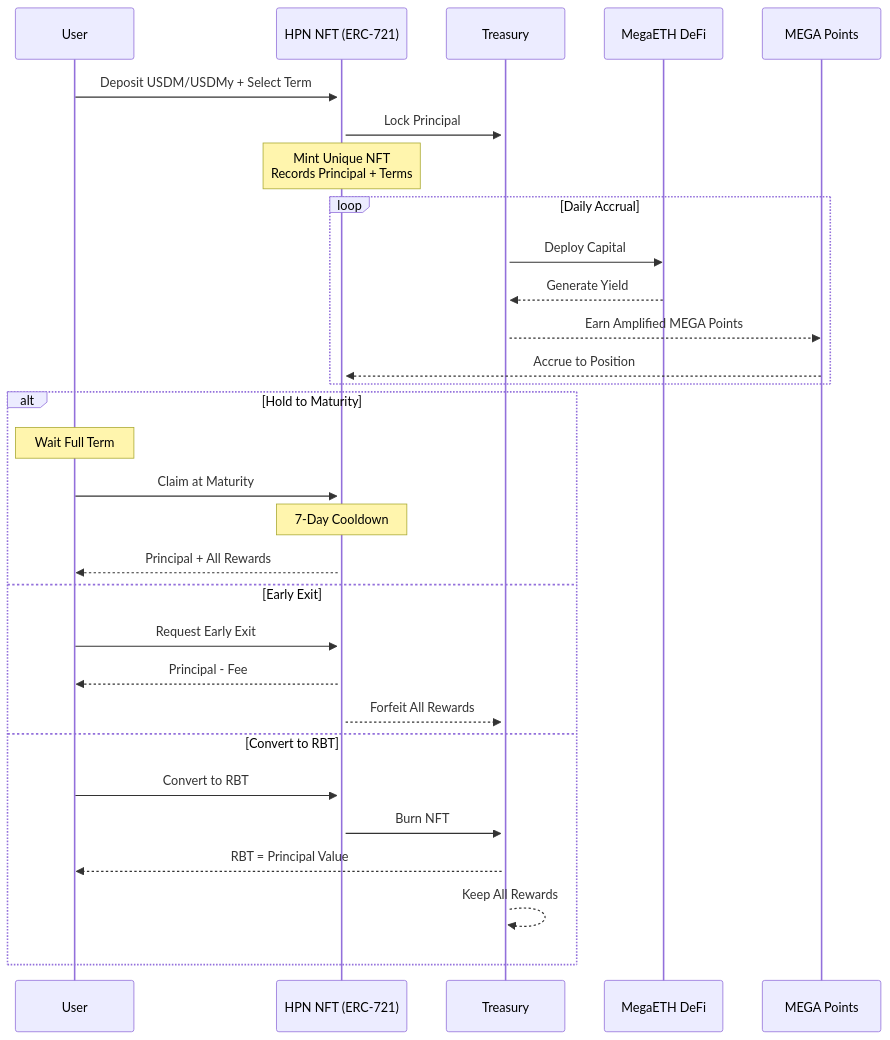
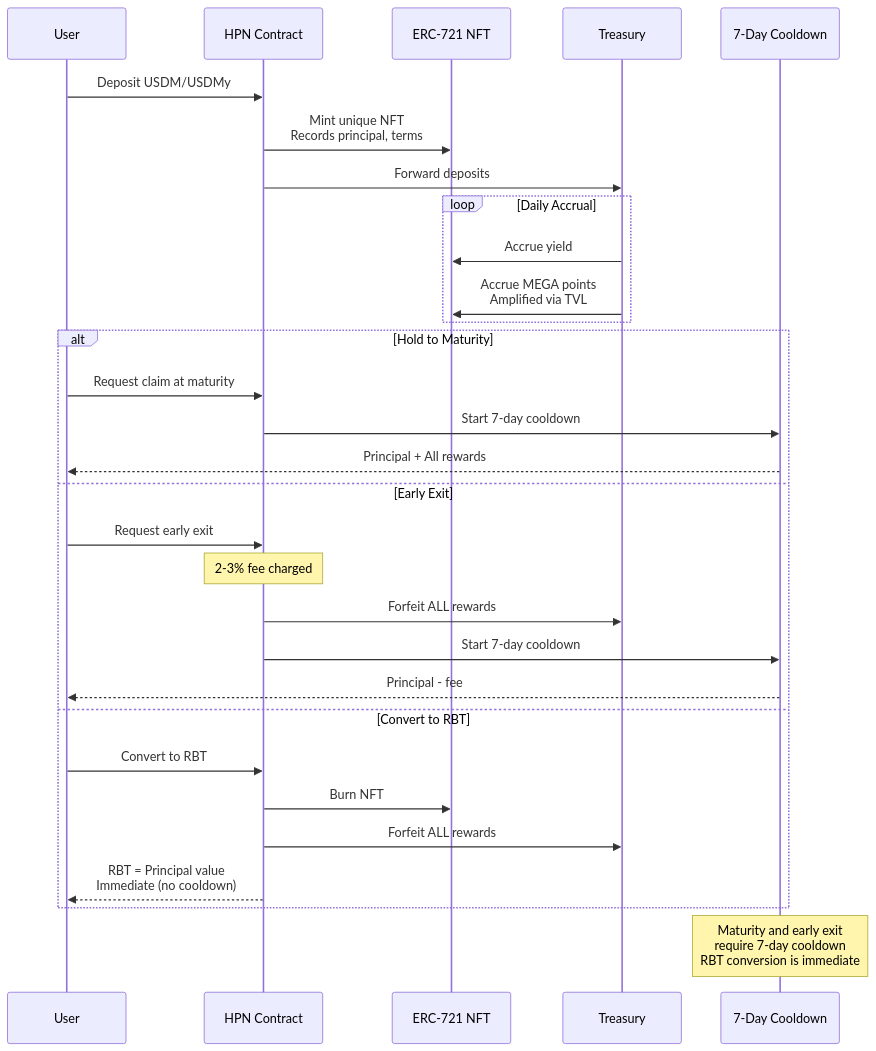
The fourth of 7 diagrams in blackhaven-diagrams.md (0xJaehaerys/ohmega), drawn with Mermaid before and after one commit. The commit also changed other lines of this file, not shown here.

First line of the commit message:
Create single clean diagrams file with all Blackhaven components

````diff
--- a/blackhaven-diagrams.md
+++ b/blackhaven-diagrams.md
@@ -98,35 +169,36 @@
 ```mermaid
 sequenceDiagram
     participant User
-    participant HPN_NFT as HPN NFT (ERC-721)
+    participant HPN as HPN Contract
+    participant NFT as ERC-721 NFT
     participant Treasury
-    participant Strategies as MegaETH DeFi
-    participant Points as MEGA Points
+    participant Cooldown as 7-Day Cooldown
     
-    User->>+HPN_NFT: Deposit USDM/USDMy + Select Term
-    HPN_NFT->>+Treasury: Lock Principal
-    Note over HPN_NFT: Mint Unique NFT<br/>Records Principal + Terms
+    User->>HPN: Deposit USDM/USDMy
+    HPN->>NFT: Mint unique NFT<br/>Records principal, terms
+    HPN->>Treasury: Forward deposits
     
     loop Daily Accrual
-        Treasury->>Strategies: Deploy Capital
-        Strategies-->>Treasury: Generate Yield
-        Treasury-->>Points: Earn Amplified MEGA Points
-        Points-->>HPN_NFT: Accrue to Position
+        Treasury->>NFT: Accrue yield
+        Treasury->>NFT: Accrue MEGA points<br/>Amplified via TVL
     end
     
     alt Hold to Maturity
-        Note over User: Wait Full Term
-        User->>HPN_NFT: Claim at Maturity
-        Note over HPN_NFT: 7-Day Cooldown
-        HPN_NFT-->>User: Principal + All Rewards
+        User->>HPN: Request claim at maturity
+        HPN->>Cooldown: Start 7-day cooldown
+        Cooldown-->>User: Principal + All rewards
     else Early Exit
-        User->>HPN_NFT: Request Early Exit
-        HPN_NFT-->>User: Principal - Fee
-        HPN_NFT-->>Treasury: Forfeit All Rewards
+        User->>HPN: Request early exit
+        Note over HPN: 2-3% fee charged
+        HPN->>Treasury: Forfeit ALL rewards
+        HPN->>Cooldown: Start 7-day cooldown
+        Cooldown-->>User: Principal - fee
     else Convert to RBT
-        User->>HPN_NFT: Convert to RBT
-        HPN_NFT->>Treasury: Burn NFT
-        Treasury-->>User: RBT = Principal Value
-        Treasury-->>Treasury: Keep All Rewards
+        User->>HPN: Convert to RBT
+        HPN->>NFT: Burn NFT
+        HPN->>Treasury: Forfeit ALL rewards
+        HPN-->>User: RBT = Principal value<br/>Immediate (no cooldown)
     end
+    
+    Note over Cooldown: Maturity and early exit<br/>require 7-day cooldown<br/>RBT conversion is immediate
 ```
````
